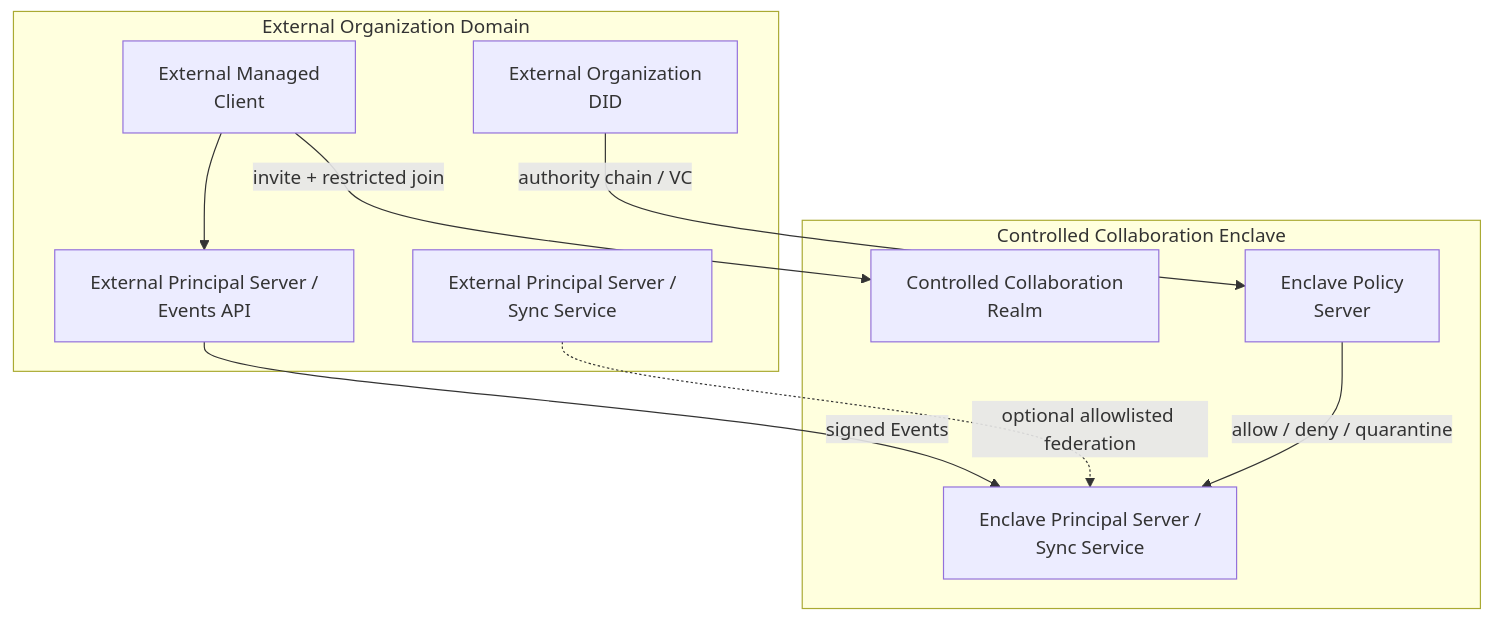
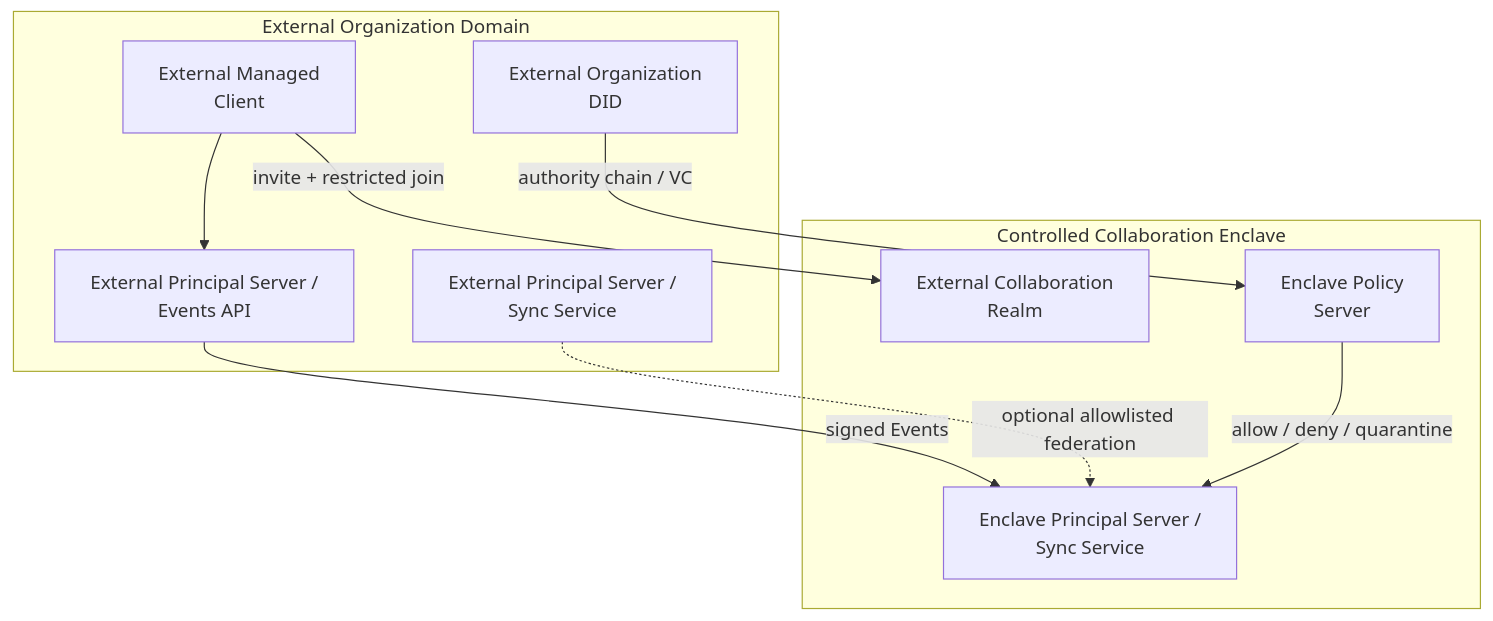
The second of 2 diagrams in spec/v1/zh/sync/sovereign-deployment.md (arkret-org/arkret-spec), drawn with Mermaid before and after one commit. The commit also changed other lines of this file and 14 other files, not shown here.

Commit message:
refactor: update terminology and descriptions for Realm classifications; clarify Principal Control and Collaboration Realm distinctions across documentation

````diff
--- a/spec/v1/zh/sync/sovereign-deployment.md
+++ b/spec/v1/zh/sync/sovereign-deployment.md
@@ -79,22 +81,22 @@
 ```mermaid
 flowchart TB
     subgraph "External Organization Domain"
         EXTORG["External Organization<br/>DID"]
         EXTCLIENT["External Managed<br/>Client"]
         EXTAPI["External Principal Server /<br/>Events API"]
         EXTSYNC["External Principal Server /<br/>Sync Service"]
     end
 
     subgraph "Controlled Collaboration Enclave"
-        ESPACE["Controlled Collaboration<br/>Realm"]
+        ESPACE["External Collaboration<br/>Realm"]
         EPOL["Enclave Policy<br/>Server"]
         ESYNC["Enclave Principal Server /<br/>Sync Service"]
     end
 
     EXTCLIENT -->|"invite + restricted join"| ESPACE
     EXTORG -->|"authority chain / VC"| EPOL
     EXTCLIENT --> EXTAPI
     EXTAPI -->|"signed Events"| ESYNC
     EXTSYNC -. "optional allowlisted federation" .-> ESYNC
     EPOL -->|"allow / deny / quarantine"| ESYNC
 ```
````
